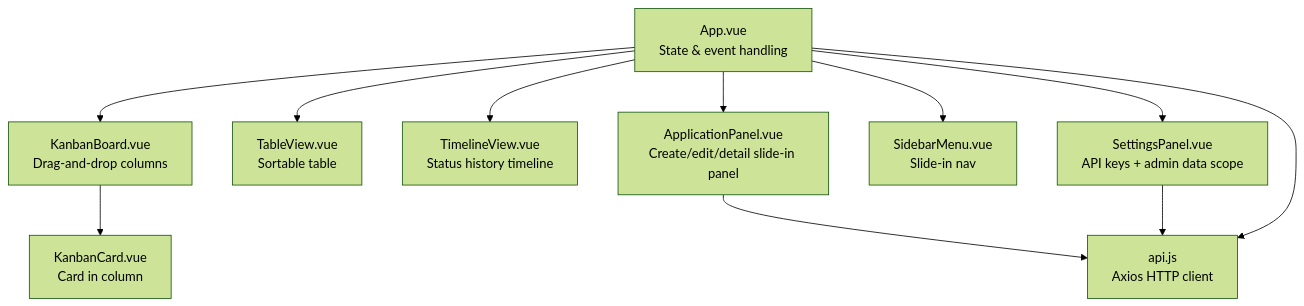
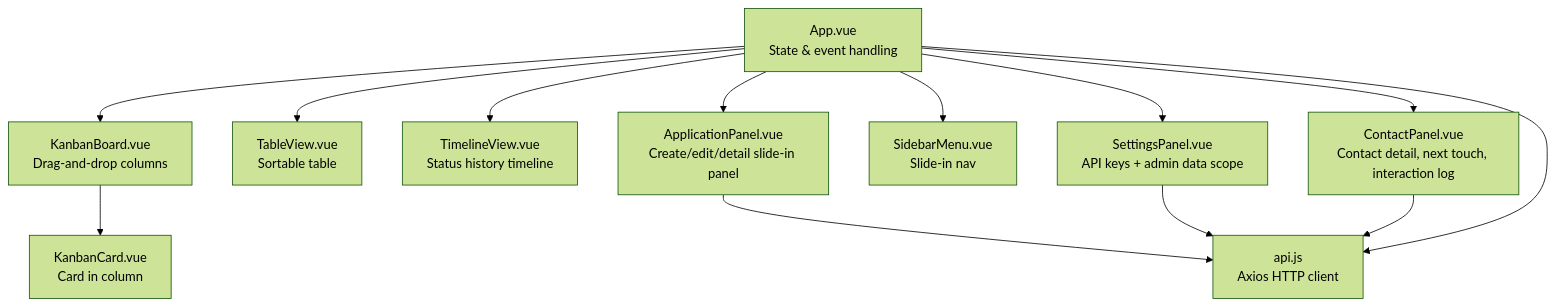
The fifth of 6 diagrams in ARCHITECTURE.md (fergus/job-tracker), drawn with Mermaid (forest theme) before and after one commit. The commit also changed 8 other files, not shown here.

````diff
--- a/ARCHITECTURE.md
+++ b/ARCHITECTURE.md
@@ -202,15 +202,17 @@
 ```mermaid
 graph TD
     App["App.vue<br/>State & event handling"]
     App --> KB["KanbanBoard.vue<br/>Drag-and-drop columns"]
     App --> TV["TableView.vue<br/>Sortable table"]
     App --> TL["TimelineView.vue<br/>Status history timeline"]
     App --> AP["ApplicationPanel.vue<br/>Create/edit/detail slide-in panel"]
     App --> SM["SidebarMenu.vue<br/>Slide-in nav"]
     App --> SP["SettingsPanel.vue<br/>API keys + admin data scope"]
+    App --> CP["ContactPanel.vue<br/>Contact detail, next touch, interaction log"]
     KB --> KC["KanbanCard.vue<br/>Card in column"]
 
     AP --> API["api.js<br/>Axios HTTP client"]
     SP --> API
+    CP --> API
     App --> API
 ```
````
